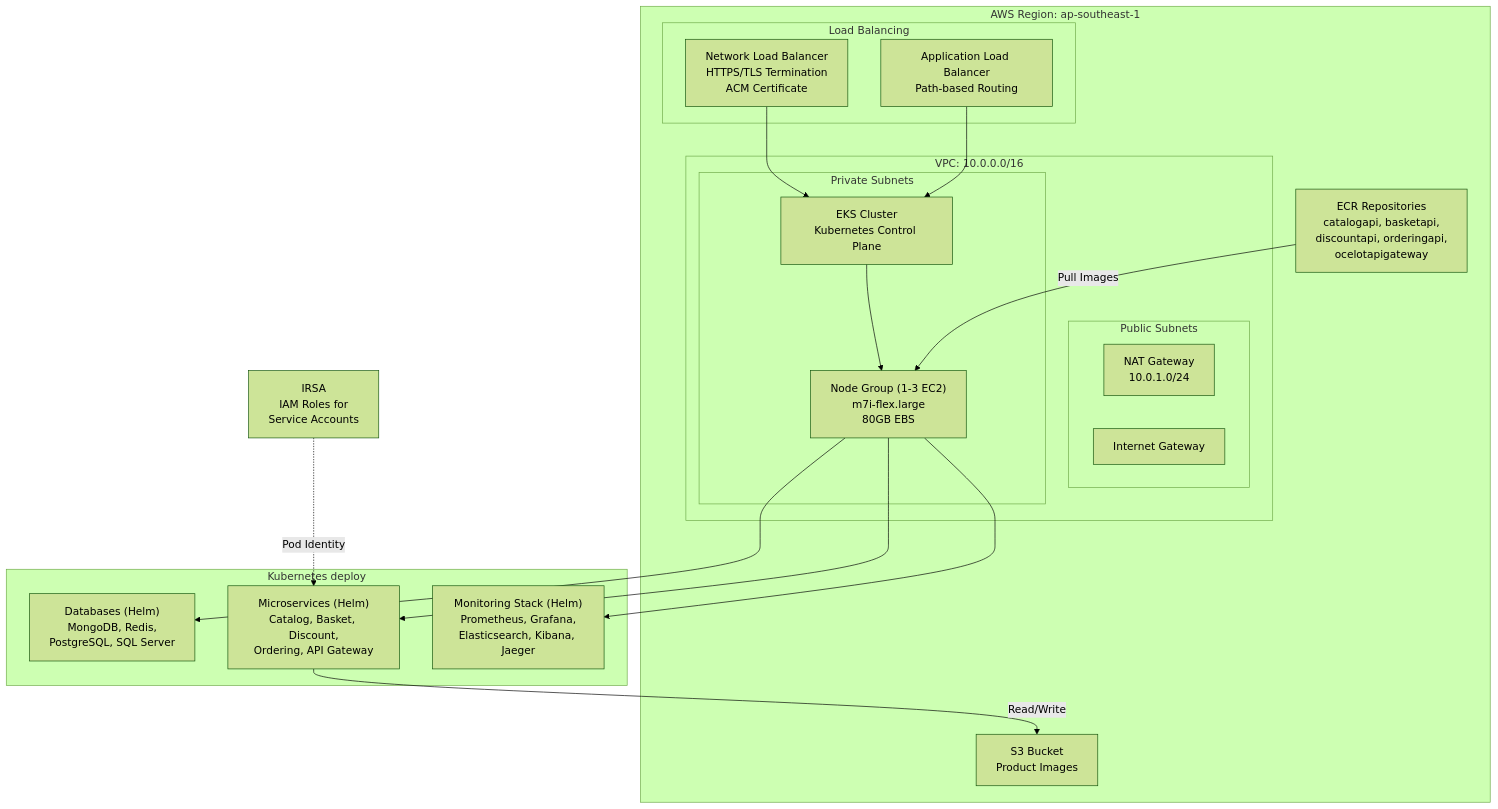
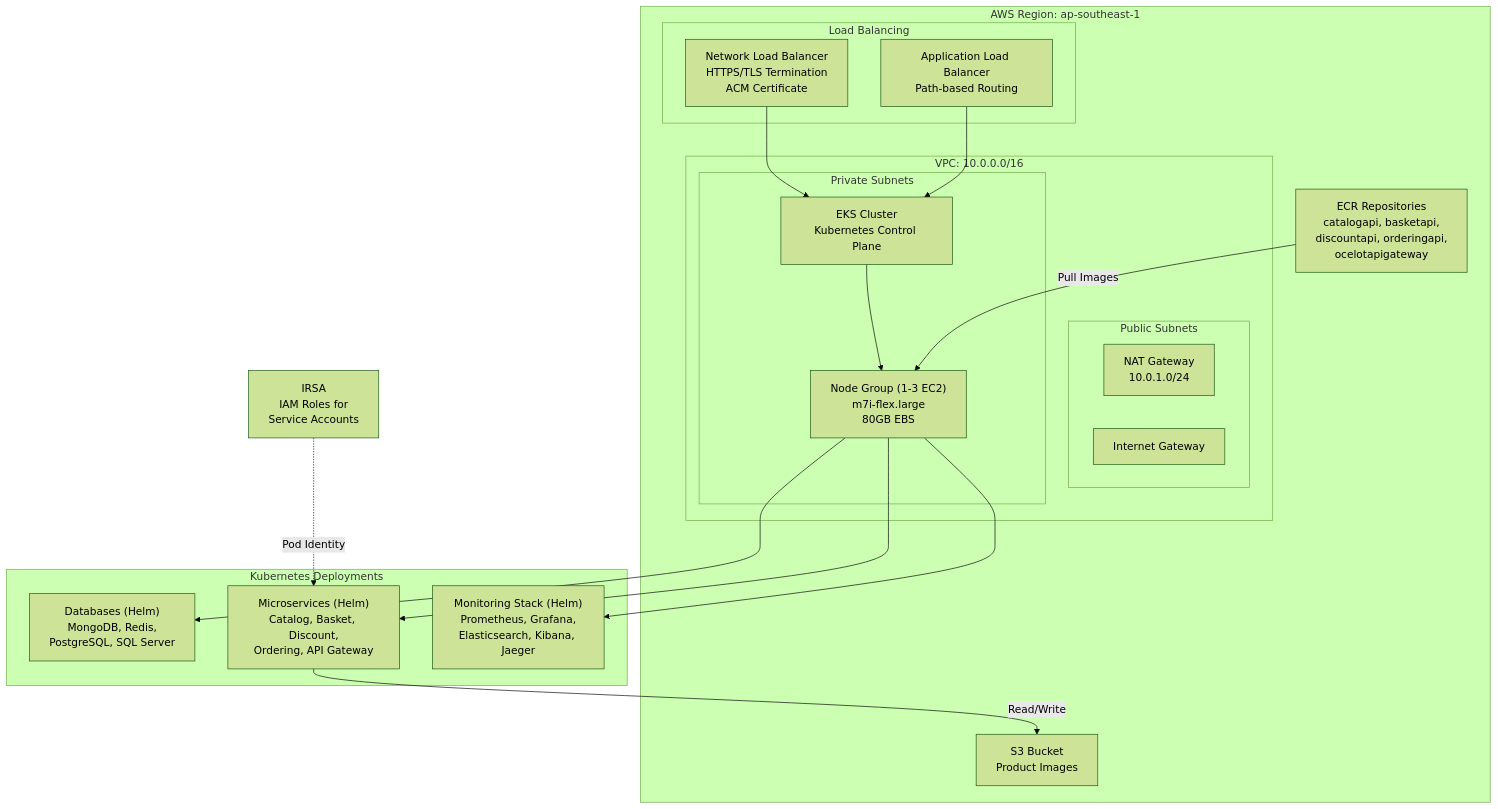
Before and after one commit to sloweyyy/cloud-native-ecommerce-platform: the third of 4 diagrams in README.md, drawn with Mermaid (forest theme). The commit also changed other lines of this file and 897 other files, not shown here.

````diff
--- a/README.md
+++ b/README.md
@@ -165,45 +165,45 @@
 ```mermaid
 graph TB
     subgraph "AWS Region: ap-southeast-1"
         subgraph "VPC: 10.0.0.0/16"
             subgraph "Public Subnets"
                 NAT["NAT Gateway<br/>10.0.1.0/24"]
                 IGW["Internet Gateway"]
             end
 
             subgraph "Private Subnets"
                 EKS["EKS Cluster<br/>Kubernetes Control Plane"]
                 NodeGroup["Node Group (1-3 EC2)<br/>m7i-flex.large<br/>80GB EBS"]
             end
         end
 
         ECR["ECR Repositories<br/>catalogapi, basketapi,<br/>discountapi, orderingapi,<br/>ocelotapigateway"]
 
         subgraph "Load Balancing"
             NLB["Network Load Balancer<br/>HTTPS/TLS Termination<br/>ACM Certificate"]
             ALB["Application Load Balancer<br/>Path-based Routing"]
         end
 
         S3["S3 Bucket<br/>Product Images"]
     end
 
-    subgraph "Kubernetes deploy"
+    subgraph "Kubernetes Deployments"
         Databases["Databases (Helm)<br/>MongoDB, Redis,<br/>PostgreSQL, SQL Server"]
         Apps["Microservices (Helm)<br/>Catalog, Basket, Discount,<br/>Ordering, API Gateway"]
         Monitoring["Monitoring Stack (Helm)<br/>Prometheus, Grafana,<br/>Elasticsearch, Kibana, Jaeger"]
     end
 
     EKS --> NodeGroup
     NodeGroup --> Databases
     NodeGroup --> Apps
     NodeGroup --> Monitoring
 
     NLB --> EKS
     ALB --> EKS
 
     ECR -->|Pull Images| NodeGroup
     Apps -->|Read/Write| S3
 
     IAM["IRSA<br/>IAM Roles for<br/>Service Accounts"]
     IAM -.->|Pod Identity| Apps
 ```
````
